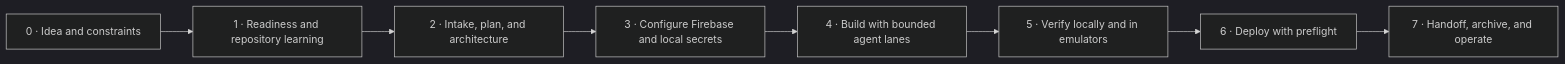
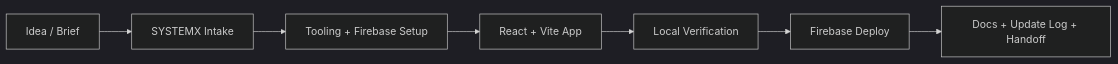
One commit to WayneTechLab/SFWA-WTL-TEMPLATE changed the first of 2 diagrams in README.md. Above: the diagram before and after it, drawn with Mermaid (dark theme). The commit also changed other lines of this file and 273 other files, not shown here.

````diff
--- a/README.md
+++ b/README.md
@@ -55,10 +62,9 @@
 ```mermaid
 flowchart LR
-  I["0 · Idea and constraints"] --> R["1 · Readiness and repository learning"]
-  R --> P["2 · Intake, plan, and architecture"]
-  P --> C["3 · Configure Firebase and local secrets"]
-  C --> B["4 · Build with bounded agent lanes"]
-  B --> V["5 · Verify locally and in emulators"]
-  V --> D["6 · Deploy with preflight"]
-  D --> H["7 · Handoff, archive, and operate"]
+    Idea["Idea / Brief"] --> Intake["SYSTEMX Intake"]
+    Intake --> Setup["Tooling + Firebase Setup"]
+    Setup --> App["React + Vite App"]
+    App --> QA["Local Verification"]
+    QA --> Deploy["Firebase Deploy"]
+    Deploy --> Ops["Docs + Update Log + Handoff"]
 ```
````
